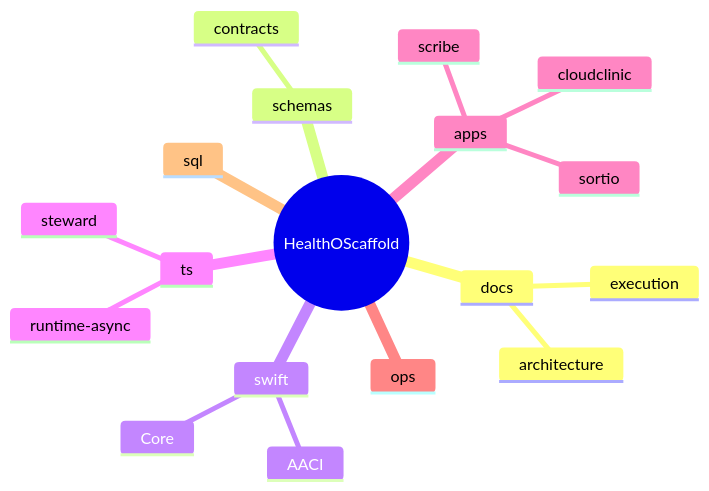
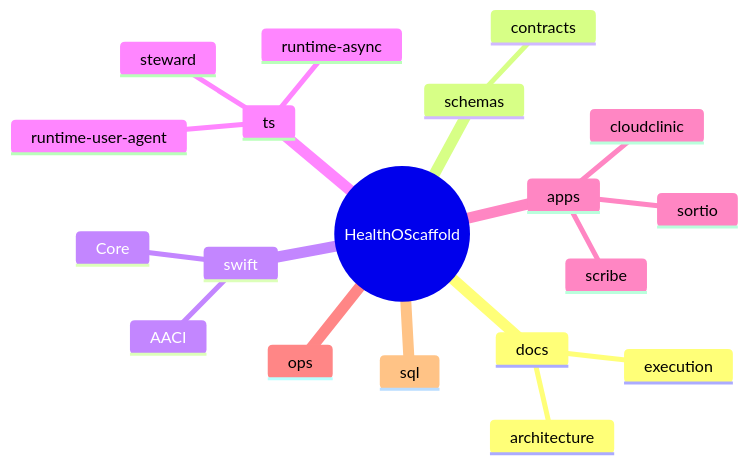
Before and after one commit to myselfgus/HealthOScaffold: the second of 2 diagrams in README.md, drawn with Mermaid. The commit also changed other lines of this file, not shown here.

````diff
--- a/README.md
+++ b/README.md
@@ -92,21 +95,22 @@
 ```mermaid
 mindmap
   root((HealthOScaffold))
     docs
       architecture
       execution
     schemas
       contracts
     swift
       Core
       AACI
     ts
       steward
       runtime-async
+      runtime-user-agent
     apps
       scribe
       sortio
       cloudclinic
     ops
     sql
 ```
````
